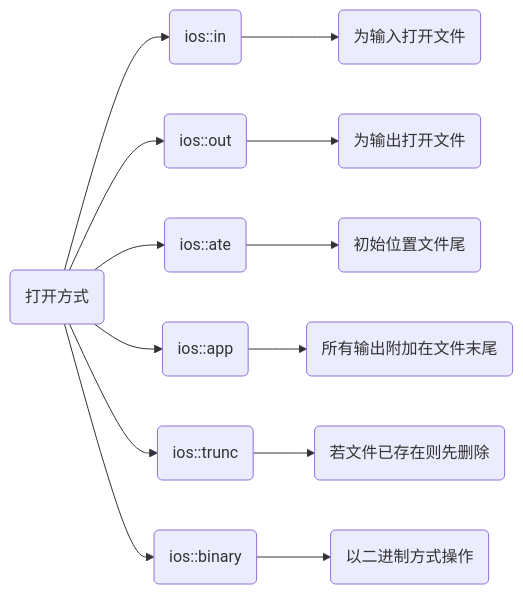
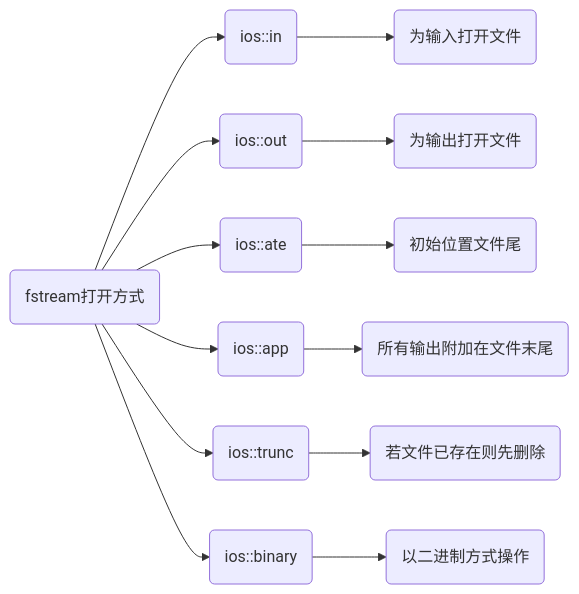
Before and after one commit to dmjcb/dmjcb.github.io: the first of 2 diagrams in _posts/c_c++/c++/2022-09-02-stream.md, drawn with Mermaid. The commit also changed other lines of this file and 22 other files, not shown here.

````diff
--- a/_posts/c_c++/c++/2022-09-02-stream.md
+++ b/_posts/c_c++/c++/2022-09-02-stream.md
@@ -127,10 +117,10 @@
 ```mermaid
 graph LR;
-    x(打开方式)
+    x(fstream打开方式)
     x --> a(ios::in) --> a1(为输入打开文件)
     x --> b(ios::out) --> b1(为输出打开文件)
     x --> c(ios::ate) --> c1(初始位置文件尾)
     x --> d(ios::app) --> d1(所有输出附加在文件末尾)
     x --> e(ios::trunc) --> e1(若文件已存在则先删除)
     x --> f(ios::binary) --> f1(以二进制方式操作)
 ```
````
